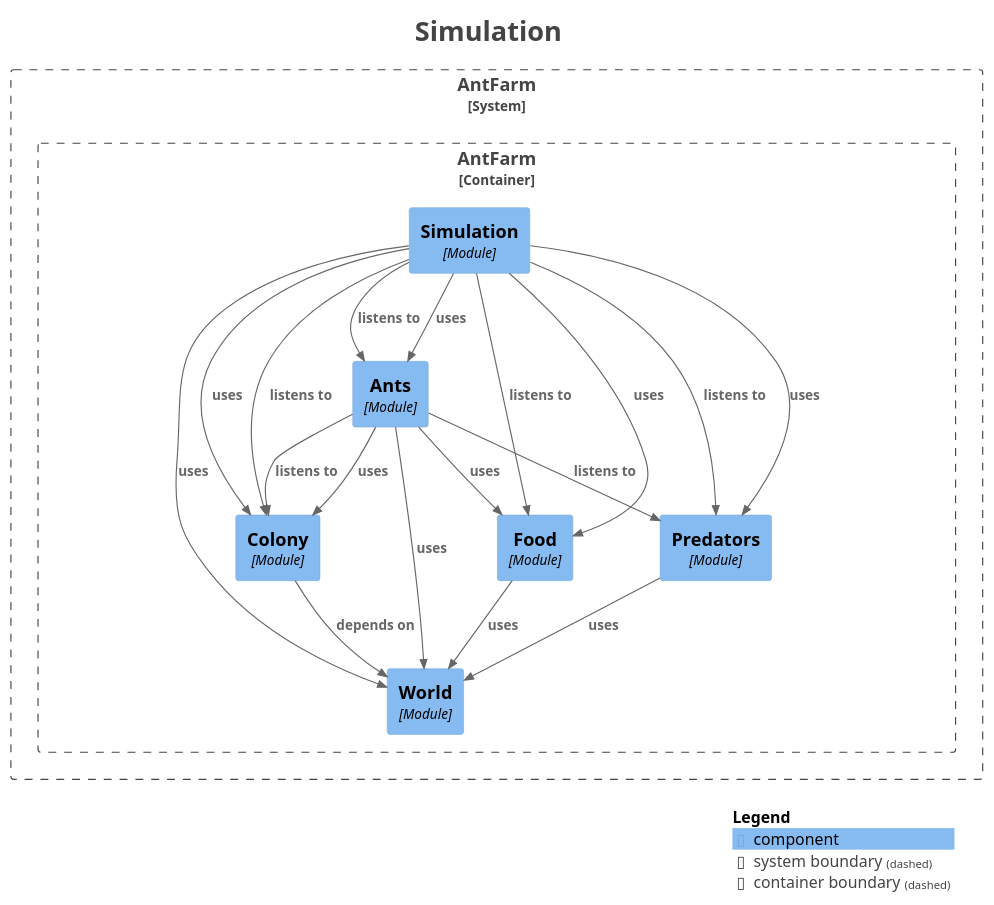
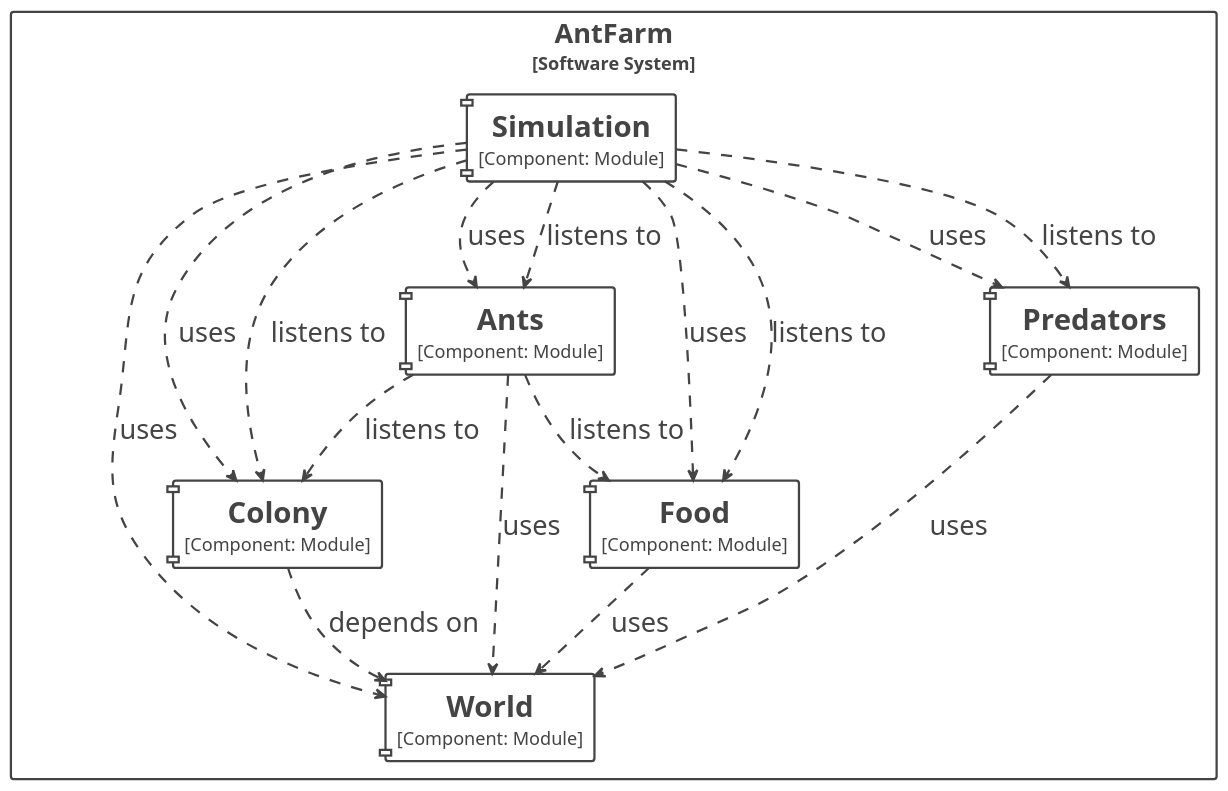
One commit to BlockCat/ddd-ants changed the diagram in src/main/resources/static/docs/module-simulation.puml. Above: the diagram before and after it, drawn with PlantUML. The commit also changed 57 other files, not shown here.

```diff
--- a/src/main/resources/static/docs/module-simulation.puml
+++ b/src/main/resources/static/docs/module-simulation.puml
@@ -1,50 +1,74 @@
 @startuml
-title <size:24>Simulation</size>
 
 set separator none
 top to bottom direction
+hide stereotype
+
+skinparam {
+  componentStyle uml1
+}
 
 <style>
   root {
-    BackgroundColor: #ffffff
-    FontColor: #444444
+    BackgroundColor: #ffffff;
+    FontColor: #444444;
+  }
+  // Element,Component
+  .Element-RWxlbWVudCxDb21wb25lbnQ= {
+    BackgroundColor: #ffffff;
+    LineColor: #444444;
+    LineStyle: 0;
+    LineThickness: 2;
+    FontColor: #444444;
+    FontSize: 24;
+    HorizontalAlignment: center;
+    Shadowing: 0;
+    MaximumWidth: 450;
+  }
+  // Relationship
+  .Relationship-UmVsYXRpb25zaGlw {
+    LineThickness: 2;
+    LineStyle: 10-10;
+    LineColor: #444444;
+    FontColor: #444444;
+    FontSize: 24;
+  }
+  // AntFarm
+  .Boundary-QW50RmFybQ== {
+    BackgroundColor: #ffffff;
+    LineColor: #444444;
+    LineStyle: 0;
+    LineThickness: 2;
+    FontColor: #444444;
+    FontSize: 24;
+    HorizontalAlignment: center;
+    Shadowing: 0;
   }
 </style>
 
-!include <C4/C4>
-!include <C4/C4_Context>
-!include <C4/C4_Component>
-
-System_Boundary("AntFarm_boundary", "AntFarm", $tags="") {
-  Container_Boundary("AntFarm.AntFarm_boundary", "AntFarm", $tags="") {
-    Component(AntFarm.AntFarm.World, "World", $techn="Module", $descr="", $tags="", $link="")
-    Component(AntFarm.AntFarm.Colony, "Colony", $techn="Module", $descr="", $tags="", $link="")
-    Component(AntFarm.AntFarm.Food, "Food", $techn="Module", $descr="", $tags="", $link="")
-    Component(AntFarm.AntFarm.Predators, "Predators", $techn="Module", $descr="", $tags="", $link="")
-    Component(AntFarm.AntFarm.Ants, "Ants", $techn="Module", $descr="", $tags="", $link="")
-    Component(AntFarm.AntFarm.Simulation, "Simulation", $techn="Module", $descr="", $tags="", $link="")
-  }
-
+rectangle "AntFarm\n<size:16>[Software System]</size>" <<Boundary-QW50RmFybQ==>> {
+  component "==World\n<size:16>[Component: Module]</size>" <<Element-RWxlbWVudCxDb21wb25lbnQ=>> as AntFarm.AntFarm.World
+  component "==Colony\n<size:16>[Component: Module]</size>" <<Element-RWxlbWVudCxDb21wb25lbnQ=>> as AntFarm.AntFarm.Colony
+  component "==Food\n<size:16>[Component: Module]</size>" <<Element-RWxlbWVudCxDb21wb25lbnQ=>> as AntFarm.AntFarm.Food
+  component "==Predators\n<size:16>[Component: Module]</size>" <<Element-RWxlbWVudCxDb21wb25lbnQ=>> as AntFarm.AntFarm.Predators
+  component "==Ants\n<size:16>[Component: Module]</size>" <<Element-RWxlbWVudCxDb21wb25lbnQ=>> as AntFarm.AntFarm.Ants
+  component "==Simulation\n<size:16>[Component: Module]</size>" <<Element-RWxlbWVudCxDb21wb25lbnQ=>> as AntFarm.AntFarm.Simulation
 }
 
-Rel(AntFarm.AntFarm.Predators, AntFarm.AntFarm.World, "uses", $techn="", $tags="", $link="")
-Rel(AntFarm.AntFarm.Food, AntFarm.AntFarm.World, "uses", $techn="", $tags="", $link="")
-Rel(AntFarm.AntFarm.Simulation, AntFarm.AntFarm.Colony, "listens to", $techn="", $tags="", $link="")
-Rel(AntFarm.AntFarm.Simulation, AntFarm.AntFarm.Food, "listens to", $techn="", $tags="", $link="")
-Rel(AntFarm.AntFarm.Simulation, AntFarm.AntFarm.Ants, "listens to", $techn="", $tags="", $link="")
-Rel(AntFarm.AntFarm.Simulation, AntFarm.AntFarm.Predators, "listens to", $techn="", $tags="", $link="")
-Rel(AntFarm.AntFarm.Simulation, AntFarm.AntFarm.World, "uses", $techn="", $tags="", $link="")
-Rel(AntFarm.AntFarm.Simulation, AntFarm.AntFarm.Colony, "uses", $techn="", $tags="", $link="")
-Rel(AntFarm.AntFarm.Simulation, AntFarm.AntFarm.Ants, "uses", $techn="", $tags="", $link="")
-Rel(AntFarm.AntFarm.Simulation, AntFarm.AntFarm.Food, "uses", $techn="", $tags="", $link="")
-Rel(AntFarm.AntFarm.Simulation, AntFarm.AntFarm.Predators, "uses", $techn="", $tags="", $link="")
-Rel(AntFarm.AntFarm.Ants, AntFarm.AntFarm.Colony, "listens to", $techn="", $tags="", $link="")
-Rel(AntFarm.AntFarm.Ants, AntFarm.AntFarm.Predators, "listens to", $techn="", $tags="", $link="")
-Rel(AntFarm.AntFarm.Ants, AntFarm.AntFarm.World, "uses", $techn="", $tags="", $link="")
-Rel(AntFarm.AntFarm.Ants, AntFarm.AntFarm.Colony, "uses", $techn="", $tags="", $link="")
-Rel(AntFarm.AntFarm.Ants, AntFarm.AntFarm.Food, "uses", $techn="", $tags="", $link="")
-Rel(AntFarm.AntFarm.Colony, AntFarm.AntFarm.World, "depends on", $techn="", $tags="", $link="")
+AntFarm.AntFarm.Predators --> AntFarm.AntFarm.World <<Relationship-UmVsYXRpb25zaGlw>> : "uses"
+AntFarm.AntFarm.Food --> AntFarm.AntFarm.World <<Relationship-UmVsYXRpb25zaGlw>> : "uses"
+AntFarm.AntFarm.Ants --> AntFarm.AntFarm.Food <<Relationship-UmVsYXRpb25zaGlw>> : "listens to"
+AntFarm.AntFarm.Ants --> AntFarm.AntFarm.Colony <<Relationship-UmVsYXRpb25zaGlw>> : "listens to"
+AntFarm.AntFarm.Ants --> AntFarm.AntFarm.World <<Relationship-UmVsYXRpb25zaGlw>> : "uses"
+AntFarm.AntFarm.Simulation --> AntFarm.AntFarm.Predators <<Relationship-UmVsYXRpb25zaGlw>> : "listens to"
+AntFarm.AntFarm.Simulation --> AntFarm.AntFarm.Colony <<Relationship-UmVsYXRpb25zaGlw>> : "listens to"
+AntFarm.AntFarm.Simulation --> AntFarm.AntFarm.Food <<Relationship-UmVsYXRpb25zaGlw>> : "listens to"
+AntFarm.AntFarm.Simulation --> AntFarm.AntFarm.Ants <<Relationship-UmVsYXRpb25zaGlw>> : "listens to"
+AntFarm.AntFarm.Simulation --> AntFarm.AntFarm.World <<Relationship-UmVsYXRpb25zaGlw>> : "uses"
+AntFarm.AntFarm.Simulation --> AntFarm.AntFarm.Colony <<Relationship-UmVsYXRpb25zaGlw>> : "uses"
+AntFarm.AntFarm.Simulation --> AntFarm.AntFarm.Ants <<Relationship-UmVsYXRpb25zaGlw>> : "uses"
+AntFarm.AntFarm.Simulation --> AntFarm.AntFarm.Food <<Relationship-UmVsYXRpb25zaGlw>> : "uses"
+AntFarm.AntFarm.Simulation --> AntFarm.AntFarm.Predators <<Relationship-UmVsYXRpb25zaGlw>> : "uses"
+AntFarm.AntFarm.Colony --> AntFarm.AntFarm.World <<Relationship-UmVsYXRpb25zaGlw>> : "depends on"
 
-SHOW_LEGEND(true)
-hide stereotypes
 @enduml
```
